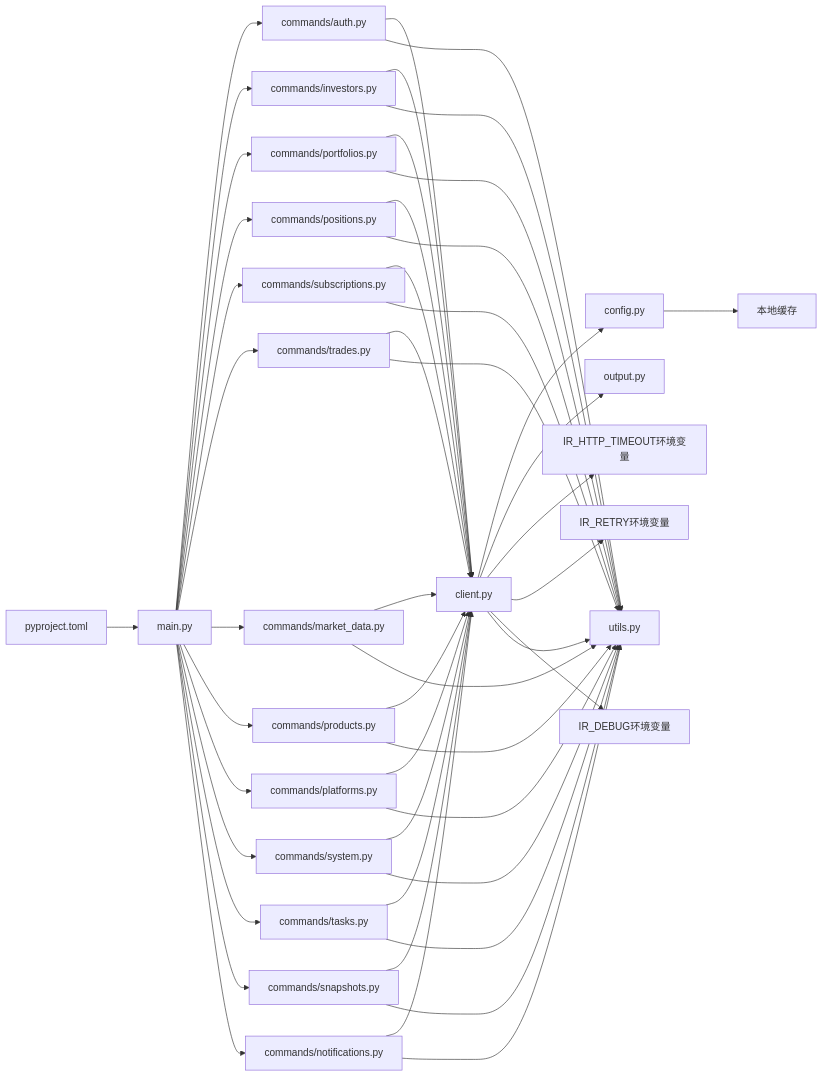
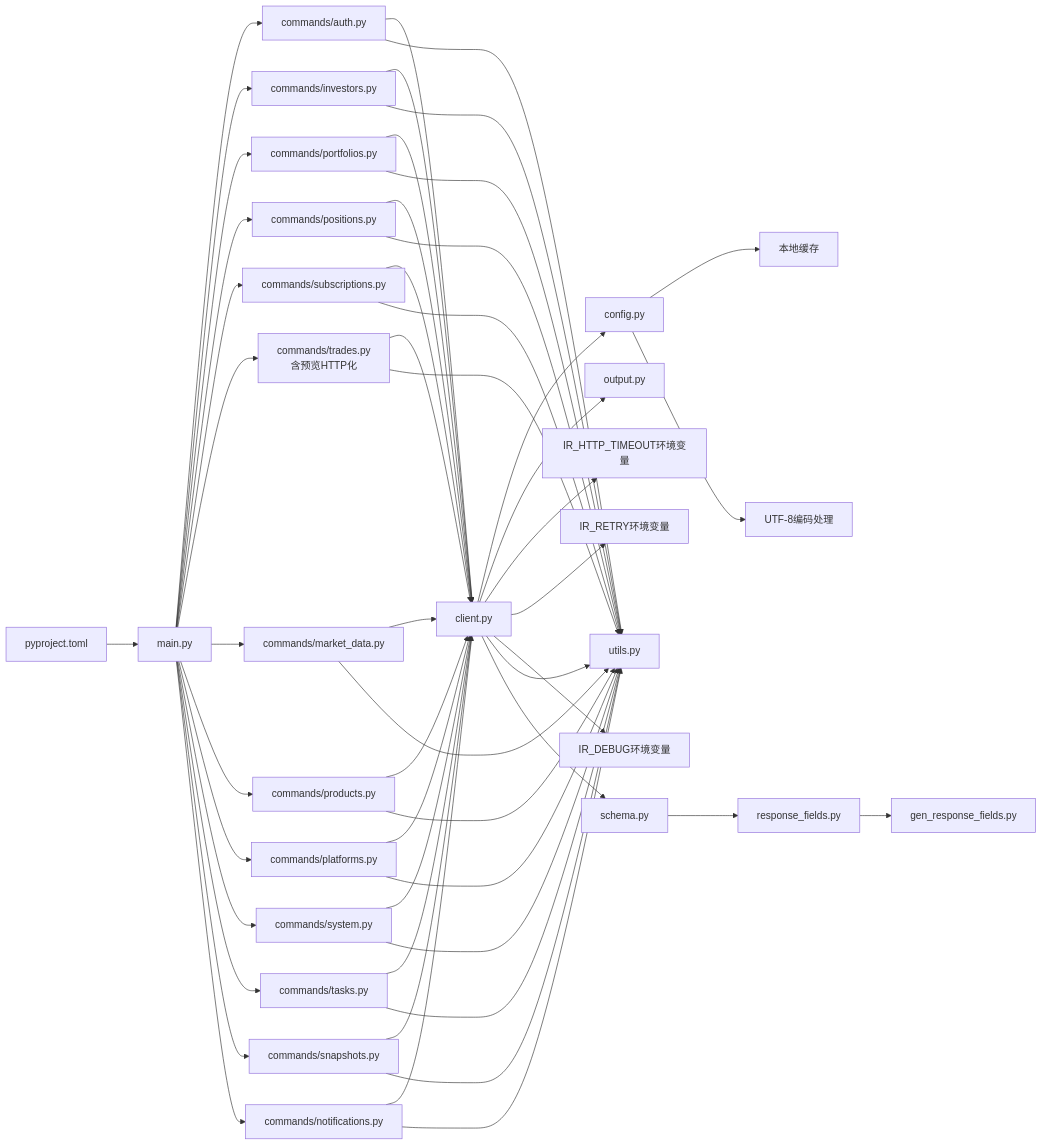
One commit to gujialind/InvestRing changed the ninth of 9 diagrams in .qoder/repowiki/zh/content/开发指南/InvestRing HTTP客户端CLI工具.md. Above: the diagram before and after it, drawn with Mermaid. The commit also changed other lines of this file and 19 other files, not shown here.

````diff
--- a/.qoder/repowiki/zh/content/开发指南/InvestRing HTTP客户端CLI工具.md
+++ b/.qoder/repowiki/zh/content/开发指南/InvestRing HTTP客户端CLI工具.md
@@ -387,50 +562,54 @@
 ```mermaid
 graph LR
 P["pyproject.toml"] --> M["main.py"]
 M --> A["commands/auth.py"]
 M --> I["commands/investors.py"]
 M --> PRT["commands/portfolios.py"]
 M --> POS["commands/positions.py"]
 M --> SUB["commands/subscriptions.py"]
-M --> TRD["commands/trades.py"]
+M --> TRD["commands/trades.py<br/>含预览HTTP化"]
 M --> MKT["commands/market_data.py"]
 M --> PRD["commands/products.py"]
 M --> PLF["commands/platforms.py"]
 M --> SYS["commands/system.py"]
 M --> TSK["commands/tasks.py"]
 M --> SNP["commands/snapshots.py"]
 M --> NOTI["commands/notifications.py"]
 A --> CL["client.py"]
 I --> CL
 PRT --> CL
 POS --> CL
 SUB --> CL
 TRD --> CL
 MKT --> CL
 PRD --> CL
 PLF --> CL
 SYS --> CL
 TSK --> CL
 SNP --> CL
 NOTI --> CL
 CL --> CFG["config.py"]
 CL --> OUT["output.py"]
 CL --> ENV["IR_HTTP_TIMEOUT环境变量"]
 CL --> RETRY["IR_RETRY环境变量"]
 CL --> DEBUG["IR_DEBUG环境变量"]
 CL --> UT["utils.py"]
+CL --> SCH["schema.py"]
+SCH --> RF["response_fields.py"]
+RF --> GEN["gen_response_fields.py"]
 A --> UT
 I --> UT
 PRT --> UT
 POS --> UT
 SUB --> UT
 TRD --> UT
 MKT --> UT
 PRD --> UT
 PLF --> UT
 SYS --> UT
 TSK --> UT
 SNP --> UT
 NOTI --> UT
 CFG --> CACHE["本地缓存"]
+CFG --> UTF8["UTF-8编码处理"]
 ```
````
